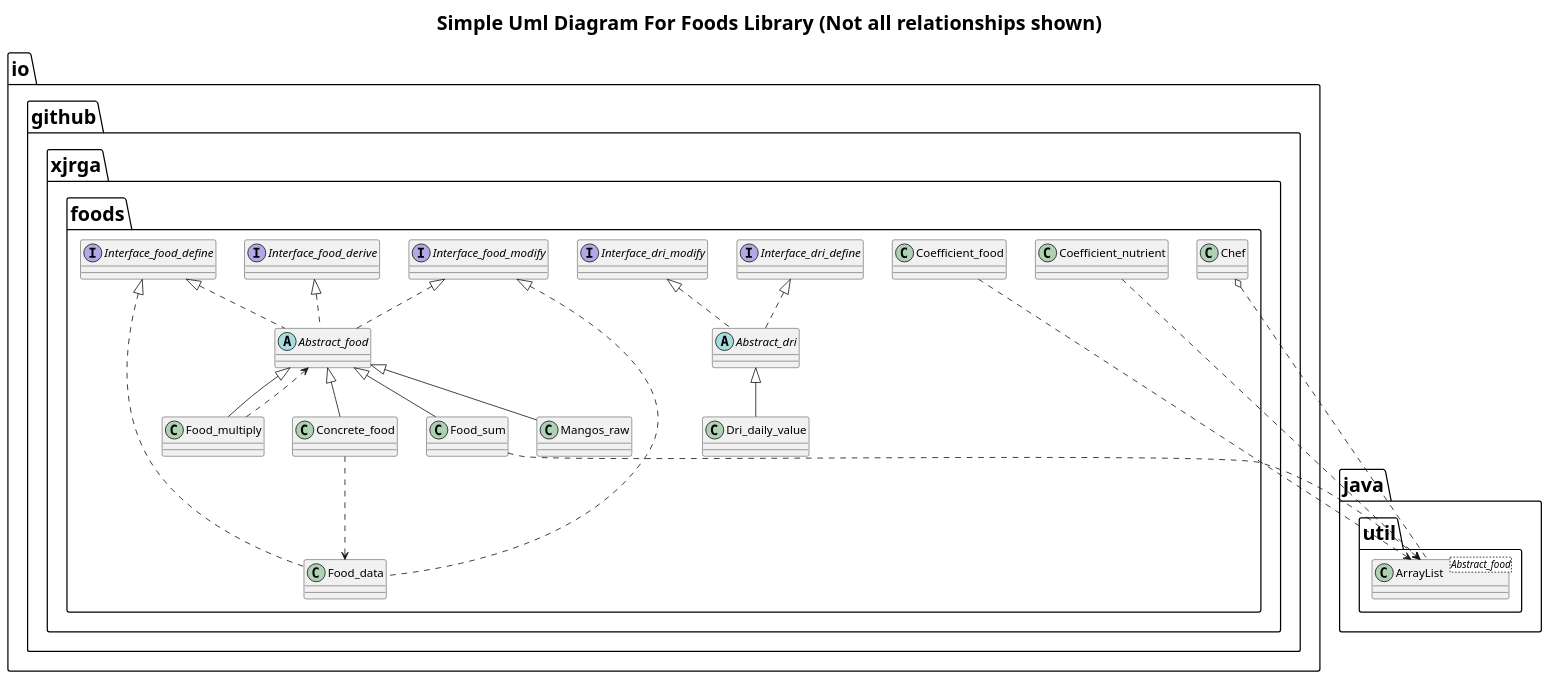
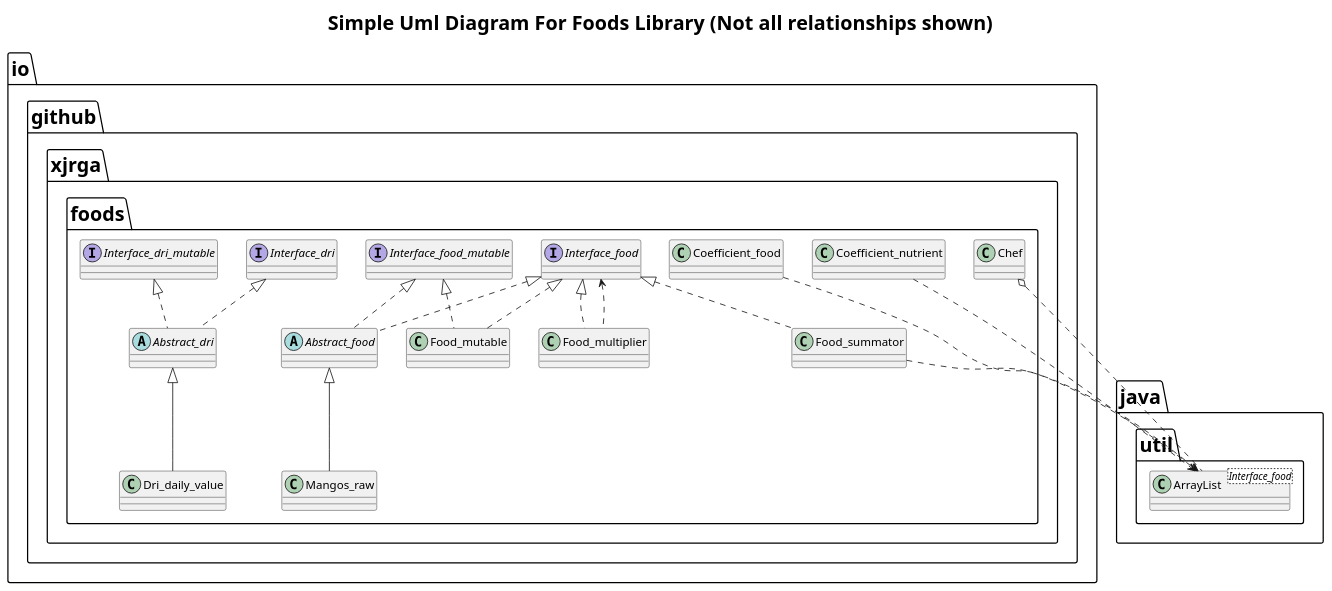
One commit to xjrga/foods changed the diagram in uml.puml. Above: the diagram before and after it, drawn with PlantUML. The commit also changed 8936 other files, not shown here.

```diff
--- a/uml.puml
+++ b/uml.puml
@@ -1,33 +1,29 @@
 @startuml
 title Simple Uml Diagram For Foods Library (Not all relationships shown)
 <style>
 title {
   HorizontalAlignment center
   FontSize 24
 }
 </style>
-class java.util.ArrayList<Abstract_food>
-interface io.github.xjrga.foods.Interface_dri_define
-interface io.github.xjrga.foods.Interface_dri_modify
-interface io.github.xjrga.foods.Interface_food_define
-interface io.github.xjrga.foods.Interface_food_modify
-interface io.github.xjrga.foods.Interface_food_derive
-abstract class io.github.xjrga.foods.Abstract_dri implements io.github.xjrga.foods.Interface_dri_define
-abstract class io.github.xjrga.foods.Abstract_dri implements io.github.xjrga.foods.Interface_dri_modify
-abstract class io.github.xjrga.foods.Abstract_food implements io.github.xjrga.foods.Interface_food_define
-abstract class io.github.xjrga.foods.Abstract_food implements io.github.xjrga.foods.Interface_food_modify
-abstract class io.github.xjrga.foods.Abstract_food implements io.github.xjrga.foods.Interface_food_derive
-class io.github.xjrga.foods.Food_data implements io.github.xjrga.foods.Interface_food_define
-class io.github.xjrga.foods.Food_data implements io.github.xjrga.foods.Interface_food_modify
+class java.util.ArrayList<Interface_food>
+interface io.github.xjrga.foods.Interface_dri
+interface io.github.xjrga.foods.Interface_dri_mutable
+interface io.github.xjrga.foods.Interface_food
+interface io.github.xjrga.foods.Interface_food_mutable
+abstract class io.github.xjrga.foods.Abstract_dri implements io.github.xjrga.foods.Interface_dri
+abstract class io.github.xjrga.foods.Abstract_dri implements io.github.xjrga.foods.Interface_dri_mutable
+abstract class io.github.xjrga.foods.Abstract_food implements io.github.xjrga.foods.Interface_food
+abstract class io.github.xjrga.foods.Abstract_food implements io.github.xjrga.foods.Interface_food_mutable
+class io.github.xjrga.foods.Food_mutable implements io.github.xjrga.foods.Interface_food
+class io.github.xjrga.foods.Food_mutable implements io.github.xjrga.foods.Interface_food_mutable
+class io.github.xjrga.foods.Food_multiplier implements io.github.xjrga.foods.Interface_food
+class io.github.xjrga.foods.Food_summator implements io.github.xjrga.foods.Interface_food
 class io.github.xjrga.foods.Mangos_raw extends io.github.xjrga.foods.Abstract_food
 class io.github.xjrga.foods.Dri_daily_value extends io.github.xjrga.foods.Abstract_dri
-class io.github.xjrga.foods.Concrete_food extends io.github.xjrga.foods.Abstract_food
-class io.github.xjrga.foods.Food_multiply extends io.github.xjrga.foods.Abstract_food
-class io.github.xjrga.foods.Food_sum extends io.github.xjrga.foods.Abstract_food
-io.github.xjrga.foods.Coefficient_food ..> java.util.ArrayList
+io.github.xjrga.foods.Interface_food <.. io.github.xjrga.foods.Food_multiplier
+io.github.xjrga.foods.Food_summator ..> java.util.ArrayList 
+io.github.xjrga.foods.Coefficient_food ..> java.util.ArrayList 
 io.github.xjrga.foods.Coefficient_nutrient ..> java.util.ArrayList
-io.github.xjrga.foods.Concrete_food ..> io.github.xjrga.foods.Food_data
-io.github.xjrga.foods.Food_sum ..> java.util.ArrayList
-io.github.xjrga.foods.Food_multiply ..> io.github.xjrga.foods.Abstract_food
 io.github.xjrga.foods.Chef o.. java.util.ArrayList
 @enduml
```
